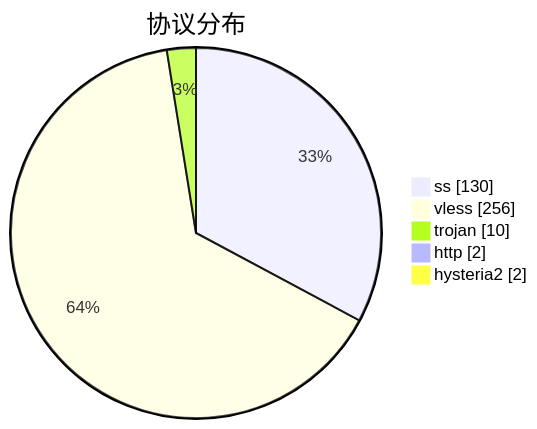
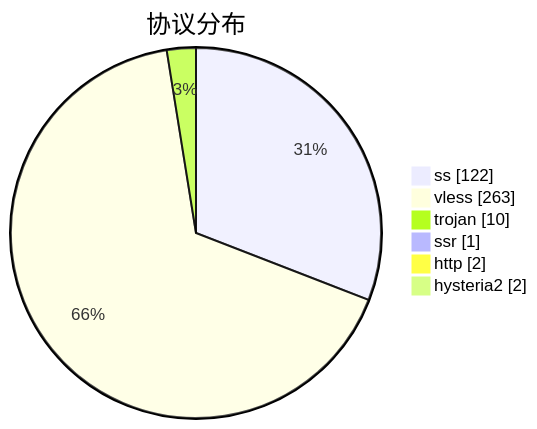
One commit to qjlxg/airport changed the third of 3 diagrams in subs/statistics/tested_within.md. Above: the diagram before and after it, drawn with Mermaid. The commit also changed other lines of this file and 2 other files, not shown here.

````diff
--- a/subs/statistics/tested_within.md
+++ b/subs/statistics/tested_within.md
@@ -19,9 +19,10 @@
 ```mermaid
 pie showData
 title 协议分布
-"ss" : 130
-"vless" : 256
+"ss" : 122
+"vless" : 263
 "trojan" : 10
+"ssr" : 1
 "http" : 2
 "hysteria2" : 2
 ```
````
